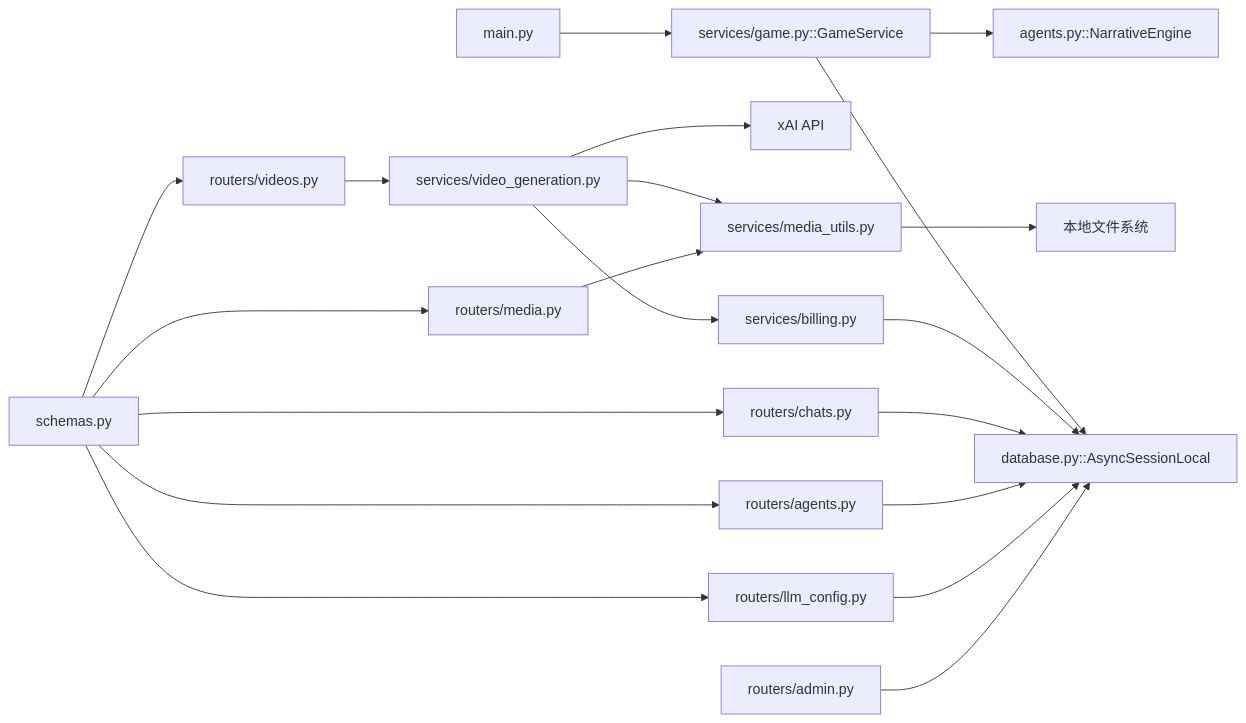
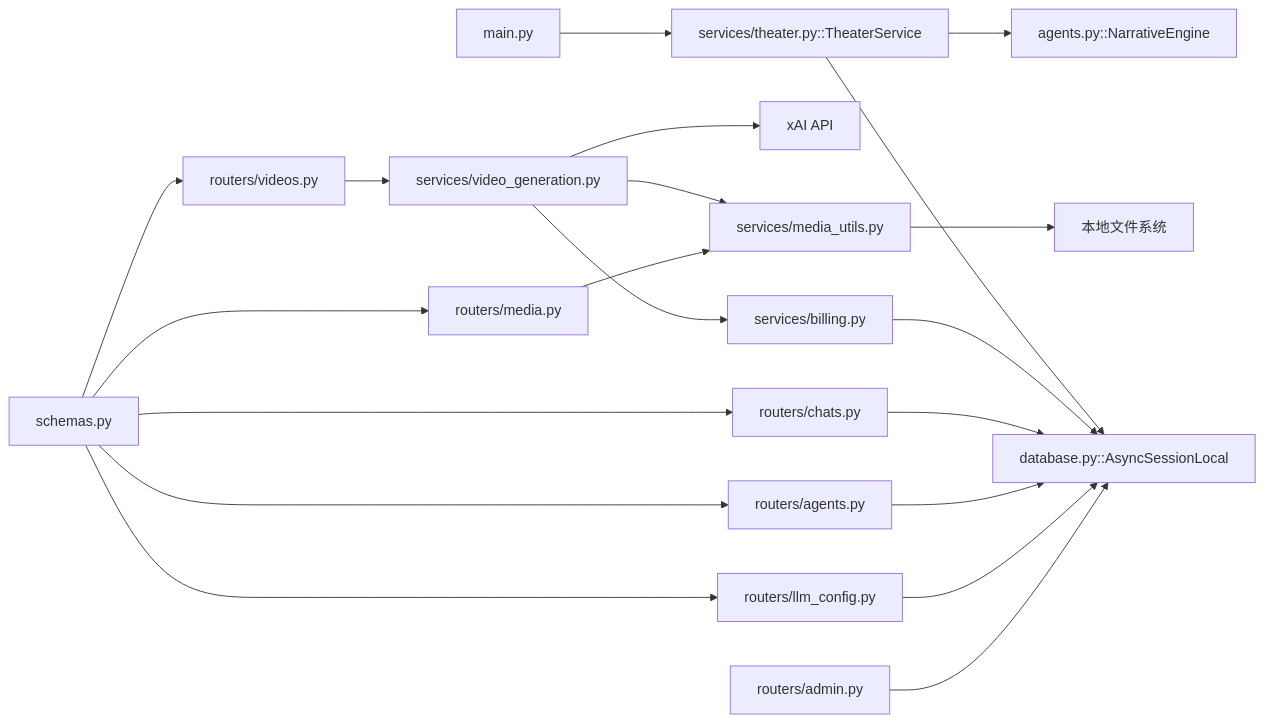
Before and after one commit to KunLabAI/KunFlix: diagram 12 of 12 in .qoder/repowiki/zh/content/后端开发指南/业务逻辑层.md, drawn with Mermaid. The commit also changed other lines of this file and 112 other files, not shown here.

````diff
--- a/.qoder/repowiki/zh/content/后端开发指南/业务逻辑层.md
+++ b/.qoder/repowiki/zh/content/后端开发指南/业务逻辑层.md
@@ -544,22 +544,22 @@
 ```mermaid
 graph LR
-Main["main.py"] --> GS["services/game.py::GameService"]
+Main["main.py"] --> GS["services/theater.py::TheaterService"]
 GS --> DB["database.py::AsyncSessionLocal"]
 GS --> NE["agents.py::NarrativeEngine"]
 VS["services/video_generation.py"] --> XAI["xAI API"]
 VS --> Bill["services/billing.py"]
 VS --> Media["services/media_utils.py"]
 Bill --> DB
 Media --> FS["本地文件系统"]
 RChats["routers/chats.py"] --> DB
 RAgents["routers/agents.py"] --> DB
 RLLM["routers/llm_config.py"] --> DB
 RAdmin["routers/admin.py"] --> DB
 RMedia["routers/media.py"] --> Media
 RVideos["routers/videos.py"] --> VS
 Schemas["schemas.py"] --> RChats
 Schemas --> RAgents
 Schemas --> RLLM
 Schemas --> RMedia
 Schemas --> RVideos
 ```
````
